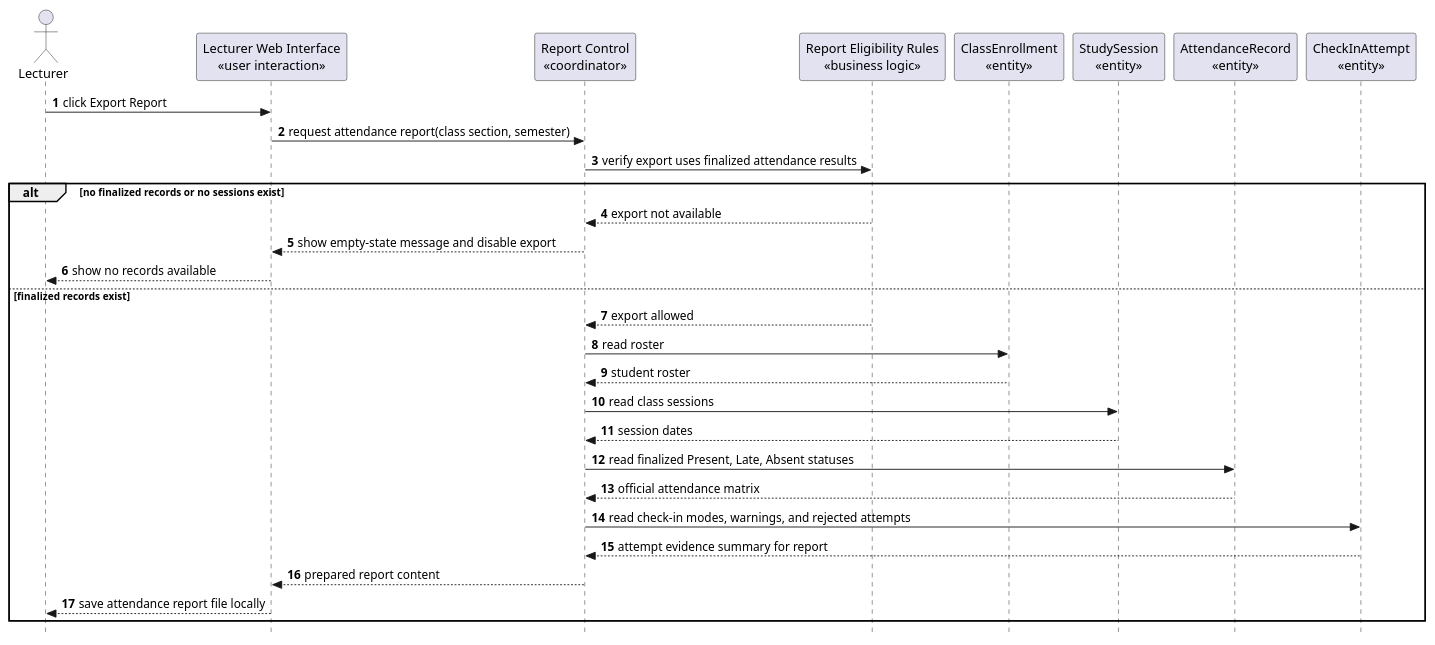
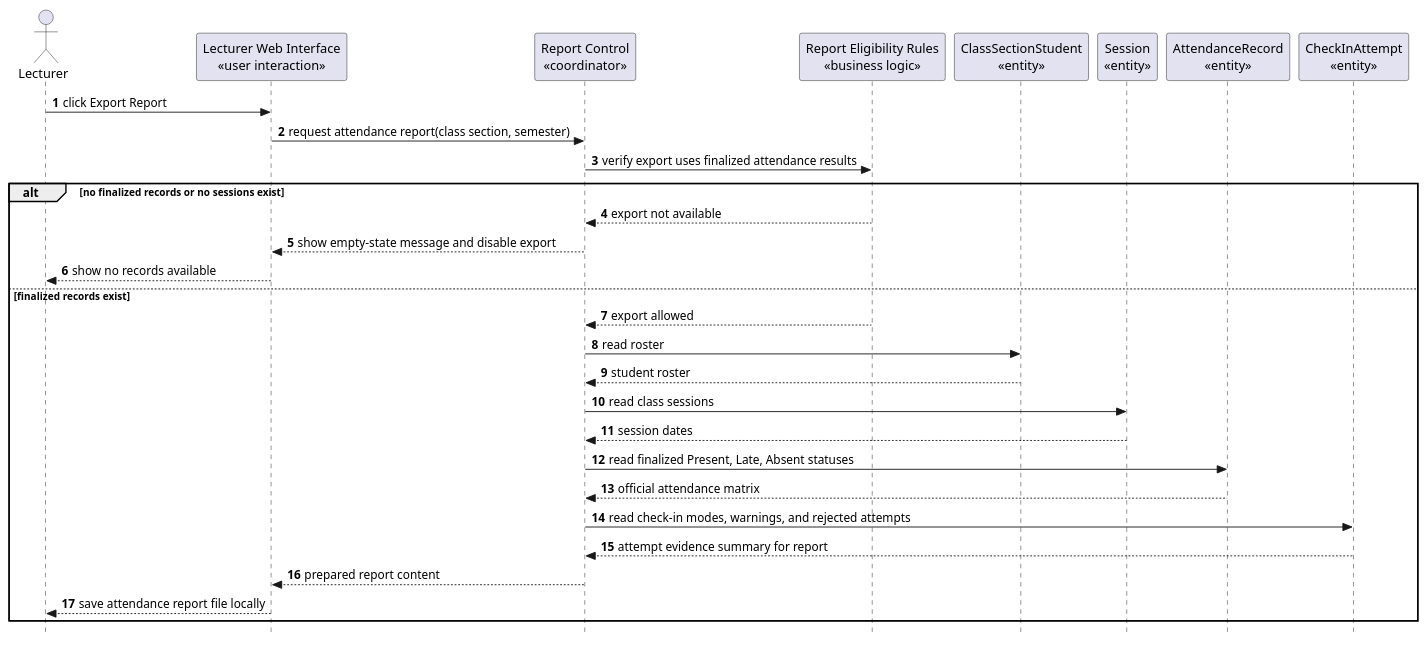
Before and after one commit to nttung42/SWD392: diagram 21 of 29 in docs/sds/2_Analysis.md, drawn with PlantUML. The commit also changed other lines of this file and 2 other files, not shown here.

````diff
--- a/docs/sds/2_Analysis.md
+++ b/docs/sds/2_Analysis.md
@@ -1091,36 +1099,36 @@
 ```plantuml
 @startuml
 skinparam style strictuml
 autonumber
 actor "Lecturer" as Lecturer
 participant "Lecturer Web Interface\n«user interaction»" as LecturerUI
 participant "Report Control\n«coordinator»" as ReportControl
 participant "Report Eligibility Rules\n«business logic»" as ReportRules
-participant "ClassEnrollment\n«entity»" as ClassEnrollment
-participant "StudySession\n«entity»" as StudySession
+participant "ClassSectionStudent\n«entity»" as ClassSectionStudent
+participant "Session\n«entity»" as Session
 participant "AttendanceRecord\n«entity»" as AttendanceRecord
 participant "CheckInAttempt\n«entity»" as CheckInAttempt
 
 Lecturer -> LecturerUI : click Export Report
 LecturerUI -> ReportControl : request attendance report(class section, semester)
 ReportControl -> ReportRules : verify export uses finalized attendance results
 
 alt no finalized records or no sessions exist
   ReportRules --> ReportControl : export not available
   ReportControl --> LecturerUI : show empty-state message and disable export
   LecturerUI --> Lecturer : show no records available
 else finalized records exist
   ReportRules --> ReportControl : export allowed
-  ReportControl -> ClassEnrollment : read roster
-  ClassEnrollment --> ReportControl : student roster
-  ReportControl -> StudySession : read class sessions
-  StudySession --> ReportControl : session dates
+  ReportControl -> ClassSectionStudent : read roster
+  ClassSectionStudent --> ReportControl : student roster
+  ReportControl -> Session : read class sessions
+  Session --> ReportControl : session dates
   ReportControl -> AttendanceRecord : read finalized Present, Late, Absent statuses
   AttendanceRecord --> ReportControl : official attendance matrix
   ReportControl -> CheckInAttempt : read check-in modes, warnings, and rejected attempts
   CheckInAttempt --> ReportControl : attempt evidence summary for report
   ReportControl --> LecturerUI : prepared report content
   LecturerUI --> Lecturer : save attendance report file locally
 end
 @enduml
 ```
````
